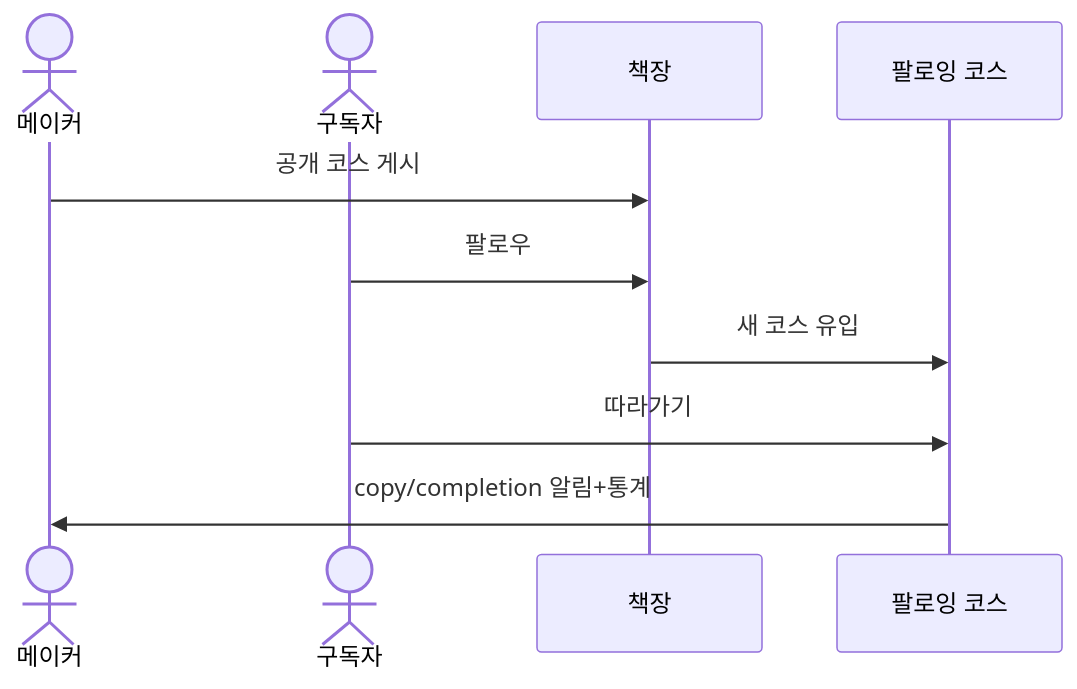
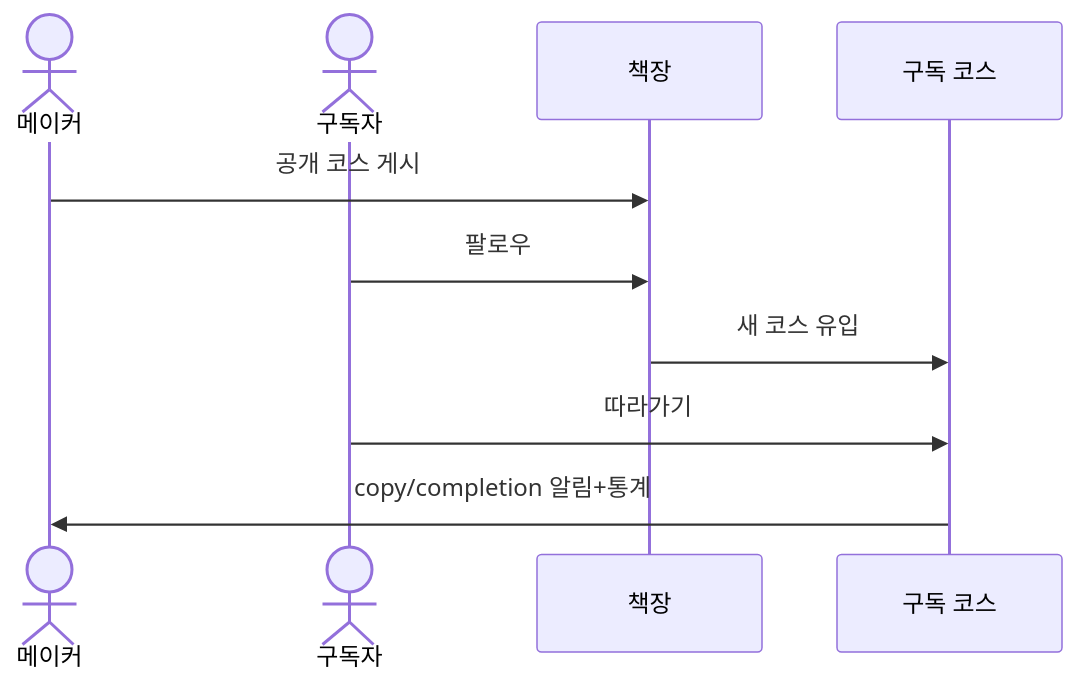
Before and after one commit to pentanike-UX/course-sns: the fourth of 4 diagrams in docs/COURSE-UX-DESIGN.md, drawn with Mermaid. The commit also changed other lines of this file and 9 other files, not shown here.

````diff
--- a/docs/COURSE-UX-DESIGN.md
+++ b/docs/COURSE-UX-DESIGN.md
@@ -331,12 +330,12 @@
 ```mermaid
 sequenceDiagram
   actor M as 메이커
   actor S as 구독자
   participant Book as 책장
-  participant Stream as 팔로잉 코스
+  participant Stream as 구독 코스
   M->>Book: 공개 코스 게시
   S->>Book: 팔로우
   Book->>Stream: 새 코스 유입
   S->>Stream: 따라가기
   Stream->>M: copy/completion 알림+통계
 ```
````
